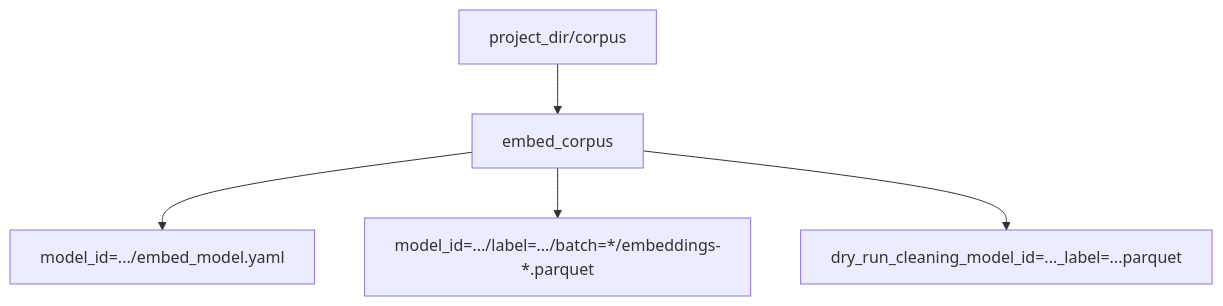
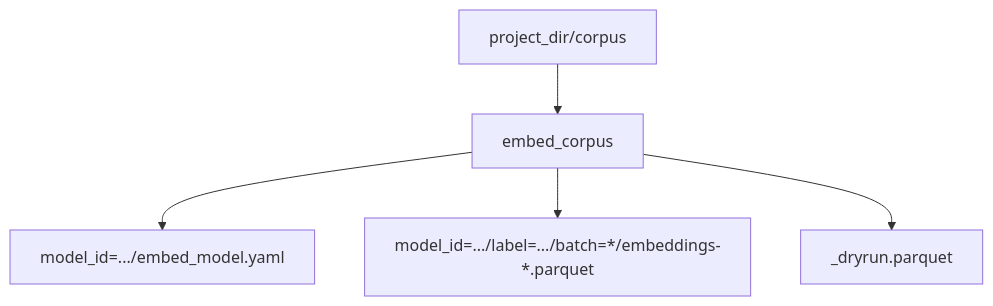
One commit to openalexPro/openalexVectorComp changed the fourth of 5 diagrams in vignettes/package-overview.qmd. Above: the diagram before and after it, drawn with Mermaid. The commit also changed other lines of this file and 6 other files, not shown here.

````diff
--- a/vignettes/package-overview.qmd
+++ b/vignettes/package-overview.qmd
@@ -183,7 +183,7 @@
 ```{mermaid}
 flowchart TB
   A[project_dir/corpus] --> B[embed_corpus]
   B --> C[model_id=.../embed_model.yaml]
   B --> D[model_id=.../label=.../batch=*/embeddings-*.parquet]
-  B --> E[dry_run_cleaning_model_id=..._label=...parquet]
+  B --> E[<corpus_name>_dryrun.parquet]
 ```
````
